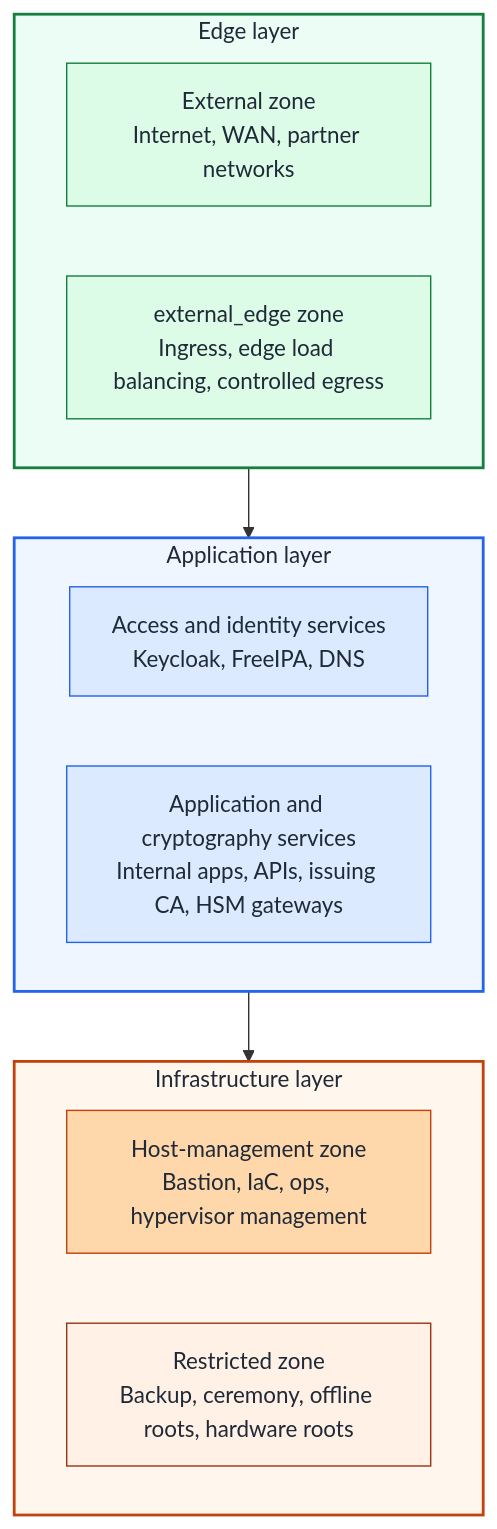
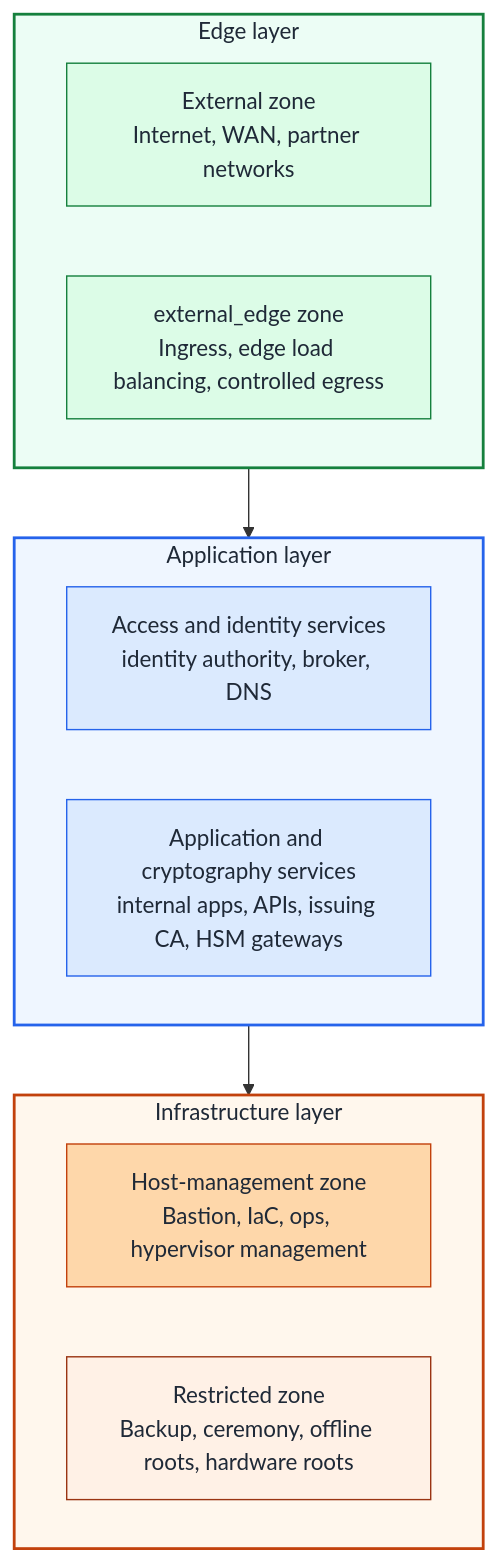
Before and after one commit to Rexus/homelab: the first of 2 diagrams in docs/architecture/overview.md, drawn with Mermaid. The commit also changed other lines of this file and 44 other files, not shown here.

````diff
--- a/docs/architecture/overview.md
+++ b/docs/architecture/overview.md
@@ -38,33 +46,33 @@
 ```mermaid
 flowchart TB
   subgraph Edge["Edge layer"]
     E1["External zone<br/>Internet, WAN, partner networks"]
     E2["external_edge zone<br/>Ingress, edge load balancing, controlled egress"]
   end
 
   subgraph App["Application layer"]
-    A1["Access and identity services<br/>Keycloak, FreeIPA, DNS"]
-    A2["Application and cryptography services<br/>Internal apps, APIs, issuing CA, HSM gateways"]
+    A1["Access and identity services<br/>identity authority, broker, DNS"]
+    A2["Application and cryptography services<br/>internal apps, APIs, issuing CA, HSM gateways"]
   end
 
   subgraph Infra["Infrastructure layer"]
     I1["Host-management zone<br/>Bastion, IaC, ops, hypervisor management"]
     I2["Restricted zone<br/>Backup, ceremony, offline roots, hardware roots"]
   end
 
   Edge --> App --> Infra
 
   style Edge fill:#ecfdf5,stroke:#15803d,stroke-width:2px,color:#1f2937
   style App fill:#eff6ff,stroke:#2563eb,stroke-width:2px,color:#1f2937
   style Infra fill:#fff7ed,stroke:#c2410c,stroke-width:2px,color:#1f2937
 
   classDef edgeNode fill:#dcfce7,stroke:#15803d,color:#1f2937
   classDef appNode fill:#dbeafe,stroke:#2563eb,color:#1f2937
   classDef mgmtNode fill:#fed7aa,stroke:#c2410c,color:#1f2937
   classDef restrictedNode fill:#fff1e6,stroke:#9a3412,color:#1f2937
 
   class E1,E2 edgeNode
   class A1,A2 appNode
   class I1 mgmtNode
   class I2 restrictedNode
 ```
````
